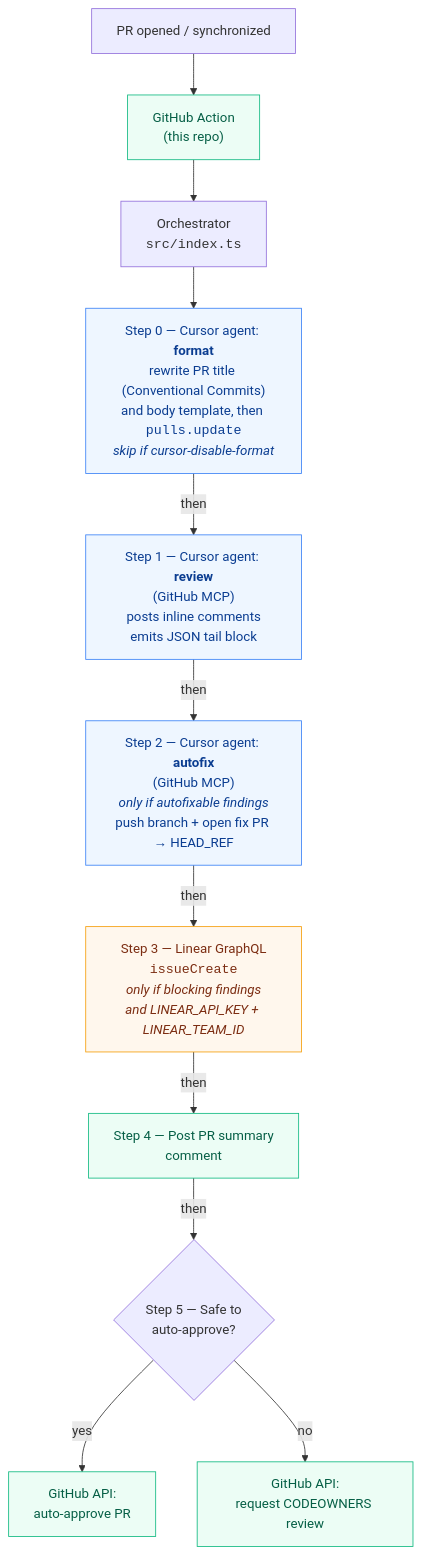
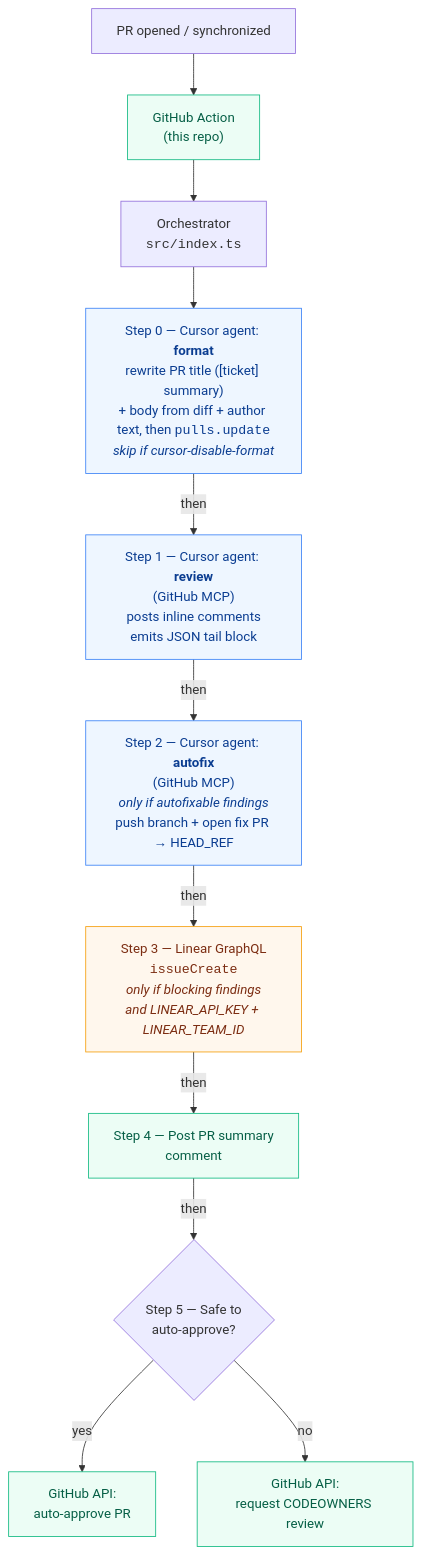
Before and after one commit to captain-corgi/cursor-sdk-example: the diagram in README.md, drawn with Mermaid. The commit also changed other lines of this file and 3 other files, not shown here.

First line of the commit message:
feat: enhance PR title and body formatting with actual diff context

````diff
--- a/README.md
+++ b/README.md
@@ -16,22 +16,22 @@
 ```mermaid
 flowchart TD
     PR["PR opened / synchronized"] --> Action["GitHub Action<br/>(this repo)"]
     Action --> Orchestrator["Orchestrator<br/><code>src/index.ts</code>"]
 
-    Orchestrator --> Format["Step 0 — Cursor agent: <b>format</b><br/>rewrite PR title (Conventional Commits)<br/>and body template, then <code>pulls.update</code><br/><i>skip if cursor-disable-format</i>"]
+    Orchestrator --> Format["Step 0 — Cursor agent: <b>format</b><br/>rewrite PR title ([ticket] summary)<br/>+ body from diff + author text, then <code>pulls.update</code><br/><i>skip if cursor-disable-format</i>"]
     Format -->|then| Review["Step 1 — Cursor agent: <b>review</b><br/>(GitHub MCP)<br/>posts inline comments<br/>emits JSON tail block"]
     Review -->|then| Autofix["Step 2 — Cursor agent: <b>autofix</b><br/>(GitHub MCP)<br/><i>only if autofixable findings</i><br/>push branch + open fix PR → HEAD_REF"]
     Autofix -->|then| Linear["Step 3 — Linear GraphQL<br/><code>issueCreate</code><br/><i>only if blocking findings</i><br/><i>and LINEAR_API_KEY + LINEAR_TEAM_ID</i>"]
     Linear -->|then| Summary["Step 4 — Post PR summary<br/>comment"]
     Summary -->|then| Decide{"Step 5 — Safe to<br/>auto-approve?"}
 
     Decide -->|yes| Approve["GitHub API:<br/>auto-approve PR"]
     Decide -->|no| Reviewers["GitHub API:<br/>request CODEOWNERS review"]
 
     classDef agent fill:#eef6ff,stroke:#3b82f6,color:#0b3d91;
     classDef ext fill:#fff7ed,stroke:#f59e0b,color:#7c2d12;
     classDef gh fill:#ecfdf5,stroke:#10b981,color:#065f46;
     class Format,Review,Autofix agent;
     class Linear ext;
     class Approve,Reviewers,Action,Summary gh;
 ```
````
